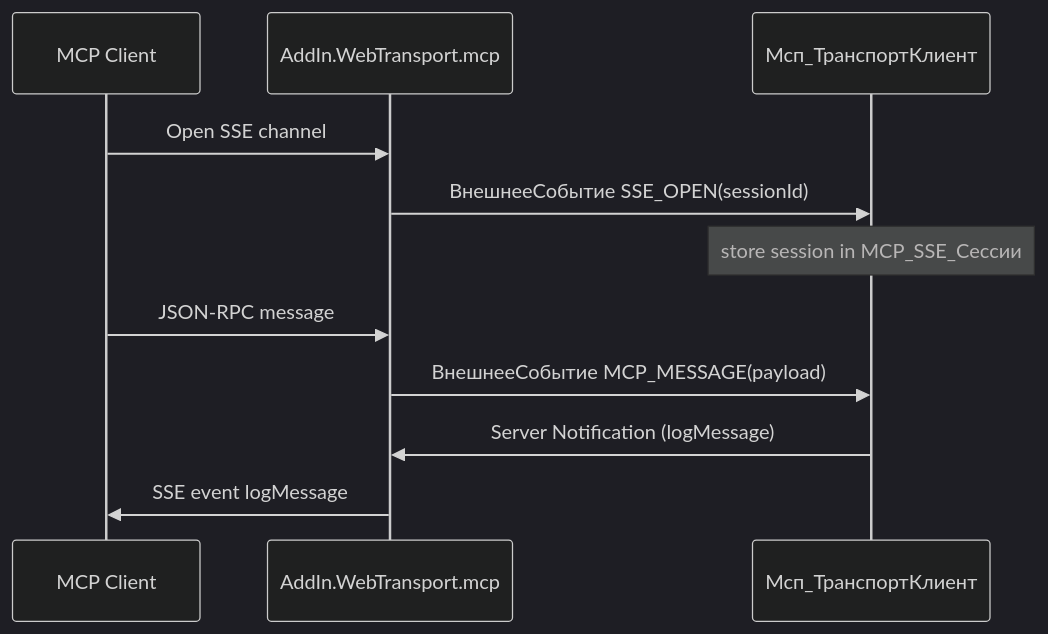
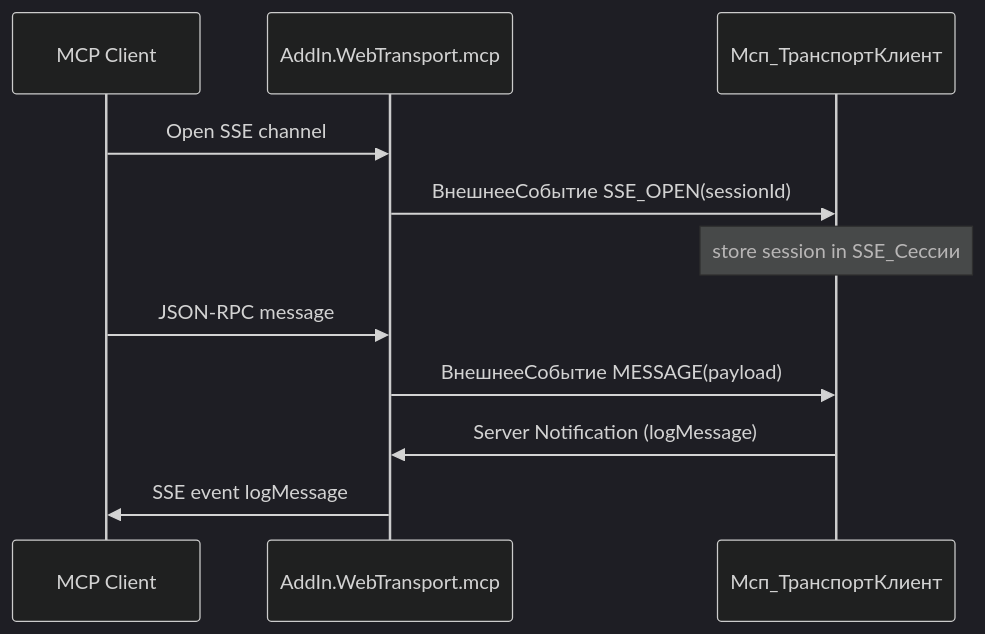
Before and after one commit to SandersNeo/onec-client-mcp-devkit: the fourth of 4 diagrams in ARCHITECTURE.md, drawn with Mermaid (dark theme). The commit also changed other lines of this file and 9 other files, not shown here.

````diff
--- a/ARCHITECTURE.md
+++ b/ARCHITECTURE.md
@@ -58,16 +58,16 @@
 ```mermaid
 sequenceDiagram
   participant C as MCP Client
   participant T as AddIn.WebTransport.mcp
   participant S as Мсп_ТранспортКлиент
 
   C->>T: Open SSE channel
   T->>S: ВнешнееСобытие SSE_OPEN(sessionId)
-  Note over S: store session in MCP_SSE_Сессии
+  Note over S: store session in SSE_Сессии
 
   C->>T: JSON-RPC message
-  T->>S: ВнешнееСобытие MCP_MESSAGE(payload)
+  T->>S: ВнешнееСобытие MESSAGE(payload)
 
   S->>T: Server Notification (logMessage)
   T->>C: SSE event logMessage
 ```
````
